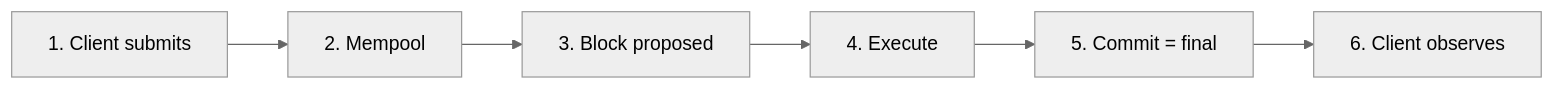
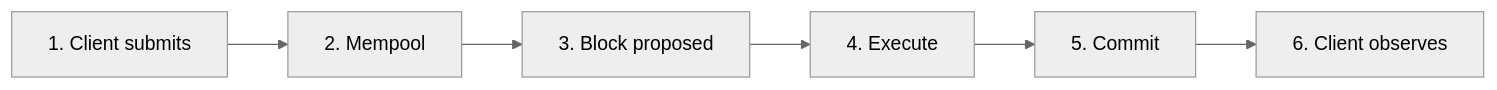
One commit to aptos-labs/aptos-docs changed the diagram in src/content/docs/build/guides/payments.mdx. Above: the diagram before and after it, drawn with Mermaid (neutral theme). The commit also changed other lines of this file and 3 other files, not shown here.

````diff
--- a/src/content/docs/build/guides/payments.mdx
+++ b/src/content/docs/build/guides/payments.mdx
@@ -20,8 +20,8 @@
 ```mermaid
-flowchart LR
+graph LR
   submit["1. Client submits"] --> mempool["2. Mempool"]
   mempool --> block["3. Block proposed"]
   block --> exec["4. Execute"]
-  exec --> commit["5. Commit = final"]
+  exec --> commit["5. Commit"]
   commit --> wait["6. Client observes"]
 ```
````
